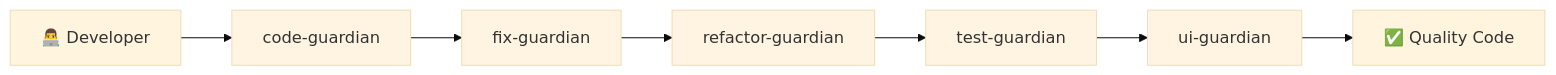
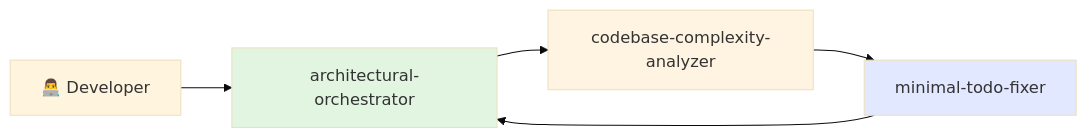
One commit to kairin/claude-guardian-agents changed the first of 5 diagrams in docs/workflows/development-workflow.md. Above: the diagram before and after it, drawn with Mermaid (base theme). The commit also changed other lines of this file and 80 other files, not shown here.

````diff
--- a/docs/workflows/development-workflow.md
+++ b/docs/workflows/development-workflow.md
@@ -7,15 +7,11 @@
 ```mermaid
 graph LR
-    A[👨‍💻 Developer] --> B[code-guardian]
-    B --> C[fix-guardian]
-    C --> D[refactor-guardian]
-    D --> E[test-guardian]
-    E --> F[ui-guardian]
-    F --> G[✅ Quality Code]
+    A[👨‍💻 Developer] --> B[architectural-orchestrator]
+    B --> C[codebase-complexity-analyzer]
+    C --> D[minimal-todo-fixer]
+    D --> B
 
-    style B fill:#fff4e1
+    style B fill:#e1f5e1
     style C fill:#fff4e1
-    style D fill:#fff4e1
-    style E fill:#fff4e1
-    style F fill:#fff4e1
+    style D fill:#e1e8ff
 ```
````
